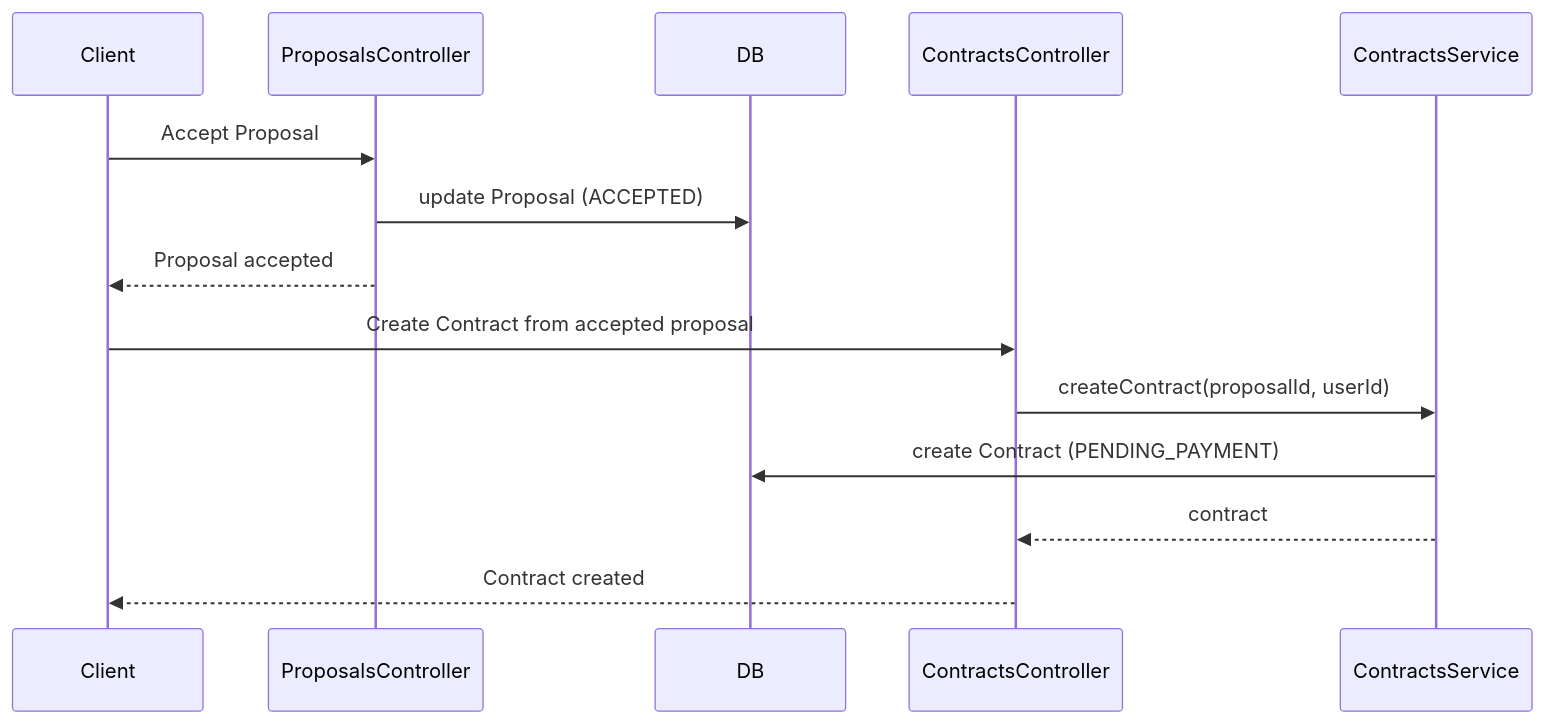
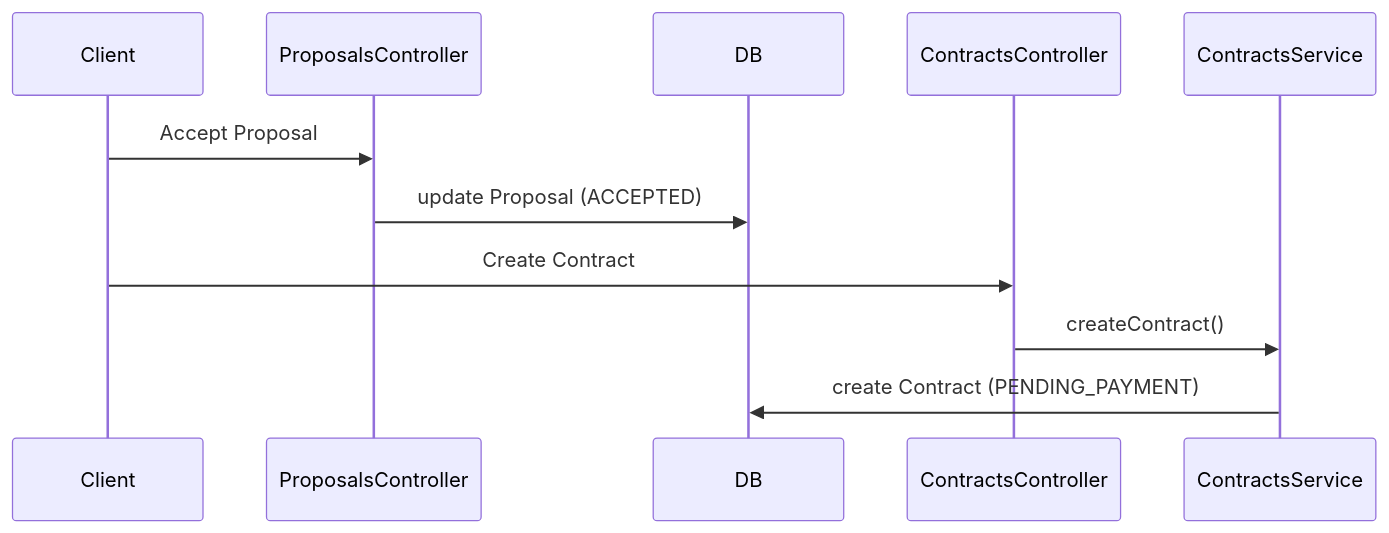
One commit to Anaspropro/worksure-server changed the first of 5 diagrams in README.md. Above: the diagram before and after it, drawn with Mermaid. The commit also changed other lines of this file and 32 other files, not shown here.

````diff
--- a/README.md
+++ b/README.md
@@ -66,18 +322,15 @@
 ```mermaid
 sequenceDiagram
     participant Client
     participant ProposalsController
     participant DB
     participant ContractsController
     participant ContractsService
 
     Client->>ProposalsController: Accept Proposal
     ProposalsController->>DB: update Proposal (ACCEPTED)
-    ProposalsController-->>Client: Proposal accepted
 
-    Client->>ContractsController: Create Contract from accepted proposal
-    ContractsController->>ContractsService: createContract(proposalId, userId)
+    Client->>ContractsController: Create Contract
+    ContractsController->>ContractsService: createContract()
     ContractsService->>DB: create Contract (PENDING_PAYMENT)
-    ContractsService-->>ContractsController: contract
-    ContractsController-->>Client: Contract created
 ```
````
